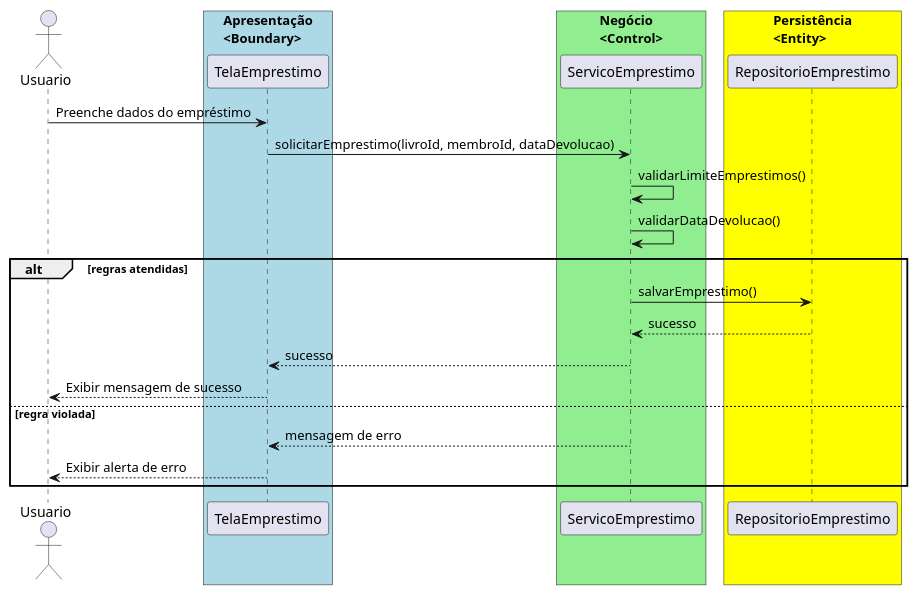
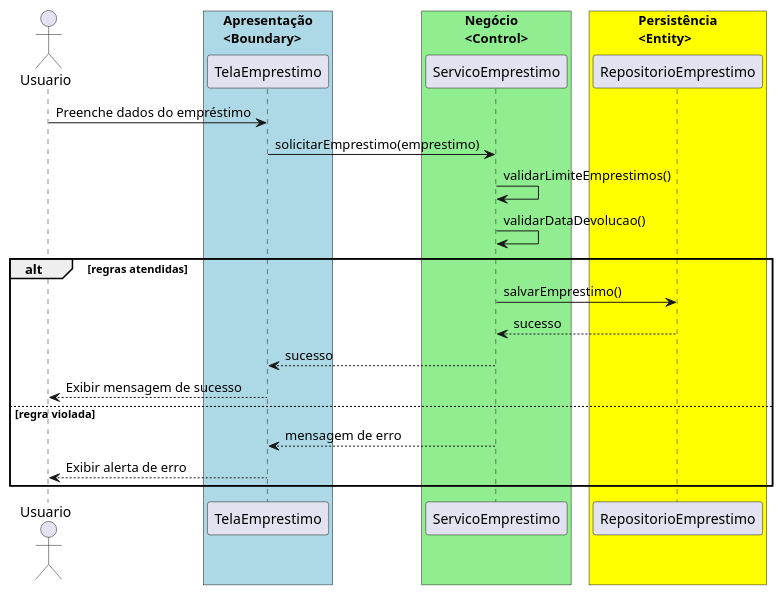
Before and after one commit to 20261-ifba-saj-ads-poo/blog: the diagram in src/trabalhos/Trabalho01.md, drawn with PlantUML. The commit also changed other lines of this file and 35 other files, not shown here.

````diff
--- a/src/trabalhos/Trabalho01.md
+++ b/src/trabalhos/Trabalho01.md
@@ -28,28 +28,28 @@
 ```plantuml{kroki=true}
 @startuml
 actor Usuario
 box "Apresentação\n<Boundary>" #lightblue
     participant TelaEmprestimo
 end box
 box "Negócio\n<Control>" #lightgreen
     participant ServicoEmprestimo
 end box
 box "Persistência\n<Entity>" #yellow
     participant RepositorioEmprestimo
 end box
 
 Usuario -> TelaEmprestimo : Preenche dados do empréstimo
-TelaEmprestimo -> ServicoEmprestimo : solicitarEmprestimo(livroId, membroId, dataDevolucao)
+TelaEmprestimo -> ServicoEmprestimo : solicitarEmprestimo(emprestimo)
 ServicoEmprestimo -> ServicoEmprestimo : validarLimiteEmprestimos()
 ServicoEmprestimo -> ServicoEmprestimo : validarDataDevolucao()
 alt regras atendidas
     ServicoEmprestimo -> RepositorioEmprestimo : salvarEmprestimo()
     RepositorioEmprestimo --> ServicoEmprestimo : sucesso
     ServicoEmprestimo --> TelaEmprestimo : sucesso
     TelaEmprestimo --> Usuario : Exibir mensagem de sucesso
 else regra violada
     ServicoEmprestimo --> TelaEmprestimo : mensagem de erro
     TelaEmprestimo --> Usuario : Exibir alerta de erro
 end
 @enduml
 ```
````
